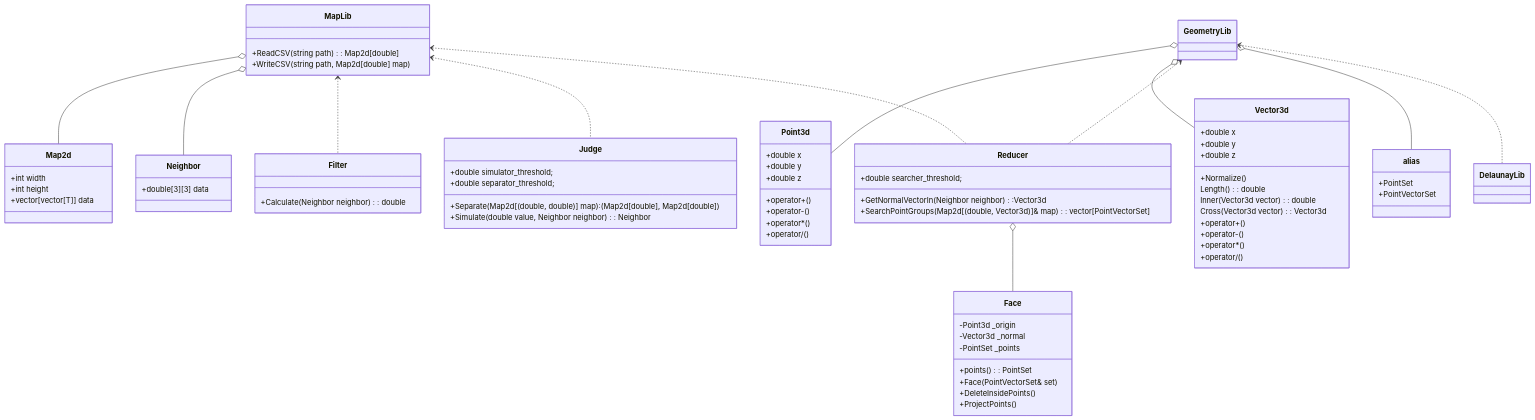
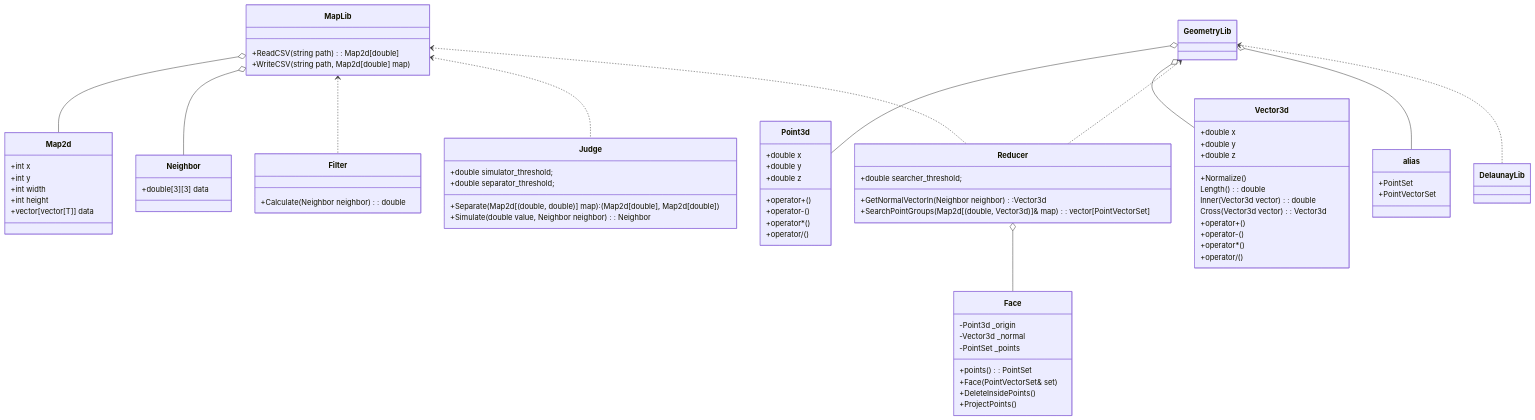
Before and after one commit to HotariTobu/ImageContents1: the diagram in class.md, drawn with Mermaid.

```diff
--- a/class.md
+++ b/class.md
@@ -36,6 +36,8 @@
 	}
 
     class Map2d {
+        +int x
+        +int y
         +int width
         +int height
         +vector[vector[T]] data
```
